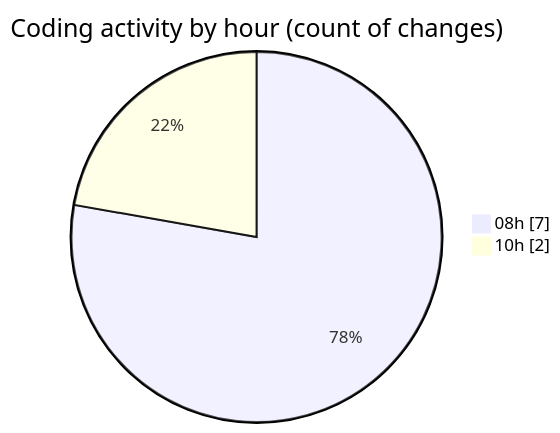
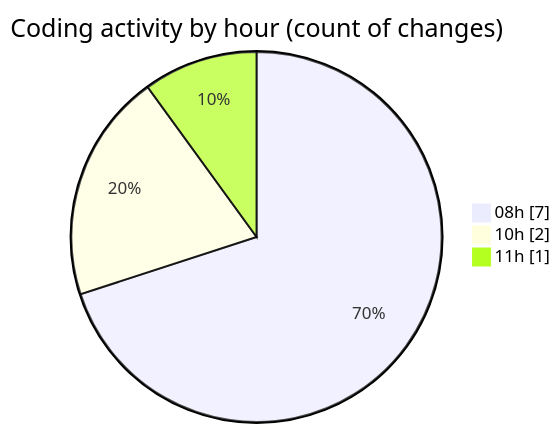
One commit to LanceThiago/code-tracking changed the second of 2 diagrams in 2025-04-22/web/README.md. Above: the diagram before and after it, drawn with Mermaid. The commit also changed other lines of this file and 1 other file, not shown here.

````diff
--- a/2025-04-22/web/README.md
+++ b/2025-04-22/web/README.md
@@ -31,6 +33,7 @@
 ```mermaid
 pie showData
 title Coding activity by hour (count of changes)
 "08h" : 7
 "10h" : 2
+"11h" : 1
 ```
````
